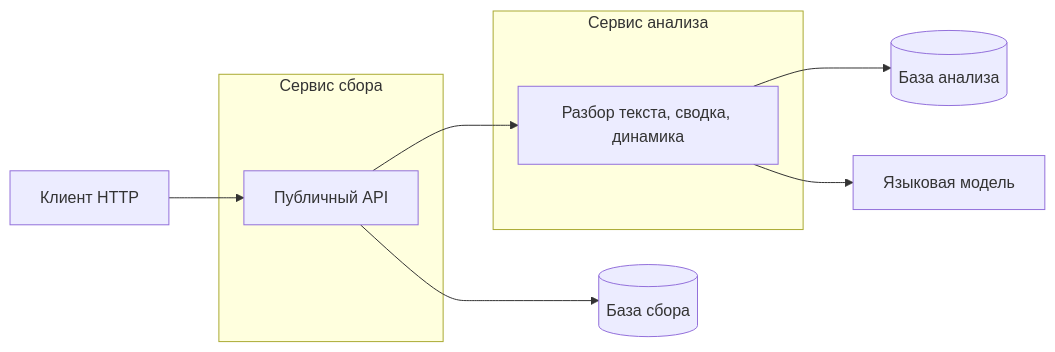
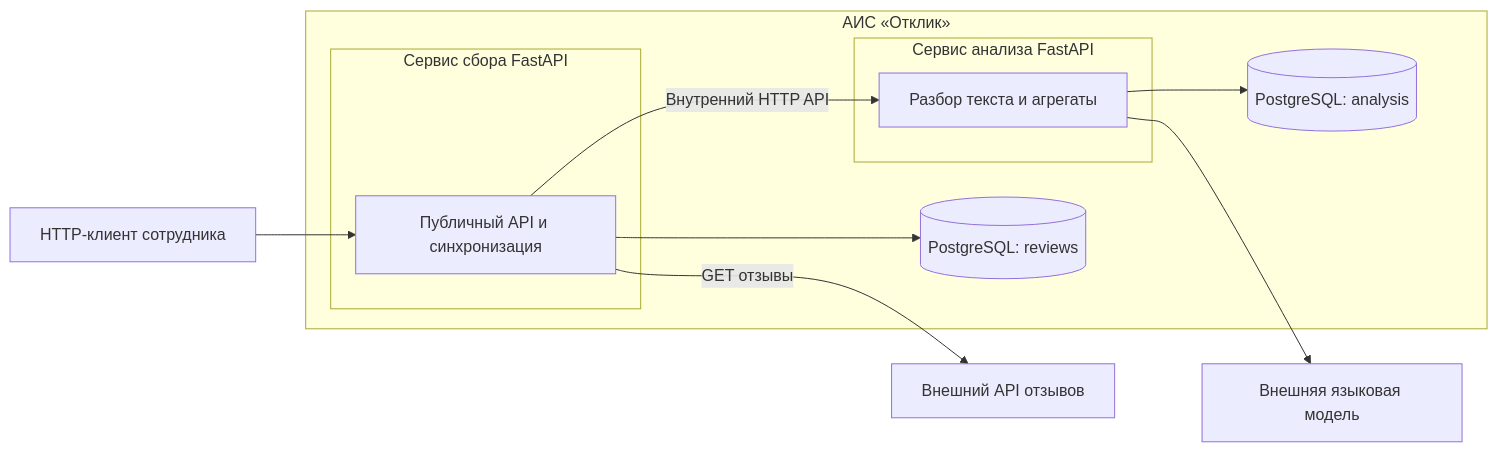
One commit to VyacheslavIurevich/software-requirements-analysis changed the third of 5 diagrams in terms_of_reference/ToR.md. Above: the diagram before and after it, drawn with Mermaid. The commit also changed other lines of this file and 1 other file, not shown here.

````diff
--- a/terms_of_reference/ToR.md
+++ b/terms_of_reference/ToR.md
@@ -353,20 +274,23 @@
 ```mermaid
-%% caption: Состав системы и обмен данными
-%% width: 100%
+%% caption: Границы АИС и внешние зависимости
 flowchart LR
-  client[Клиент HTTP]
-  llm[Языковая модель]
-  subgraph collect [Сервис сбора]
-    api[Публичный API]
+  U[HTTP-клиент сотрудника]
+  X[Внешний API отзывов]
+  M[Внешняя языковая модель]
+  subgraph SYS[АИС «Отклик»]
+    subgraph COLLECT[Сервис сбора FastAPI]
+      PUB[Публичный API и синхронизация]
+    end
+    subgraph ANALYSIS[Сервис анализа FastAPI]
+      CALC[Разбор текста и агрегаты]
+    end
+    DB1[(PostgreSQL: reviews)]
+    DB2[(PostgreSQL: analysis)]
   end
-  subgraph analytics [Сервис анализа]
-    calc[Разбор текста, сводка, динамика]
-  end
-  db1[(База сбора)]
-  db2[(База анализа)]
-  client --> api
-  api --> db1
-  api --> calc
-  calc --> db2
-  calc --> llm
+  U --> PUB
+  PUB -->|GET отзывы| X
+  PUB --> DB1
+  PUB -->|Внутренний HTTP API| CALC
+  CALC --> DB2
+  CALC --> M
 ```
````
